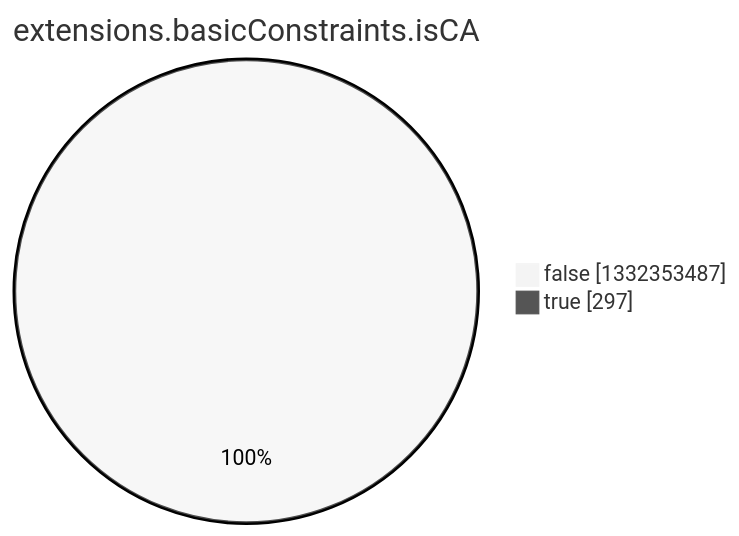
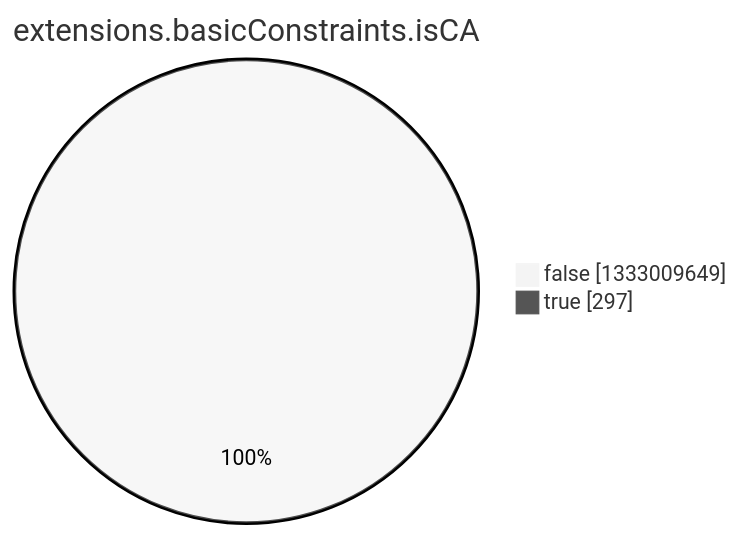
One commit to christiankrug/ctmonitor_visualization changed the eighth of 15 diagrams in argon2022/README.md. Above: the diagram before and after it, drawn with Mermaid (neutral theme). The commit also changed other lines of this file, not shown here.

````diff
--- a/argon2022/README.md
+++ b/argon2022/README.md
@@ -2758,6 +2758,6 @@
 ```mermaid
 pie showData
 title extensions.basicConstraints.isCA
-"false" :1332353487
+"false" :1333009649
 "true" :297
 ```
````
